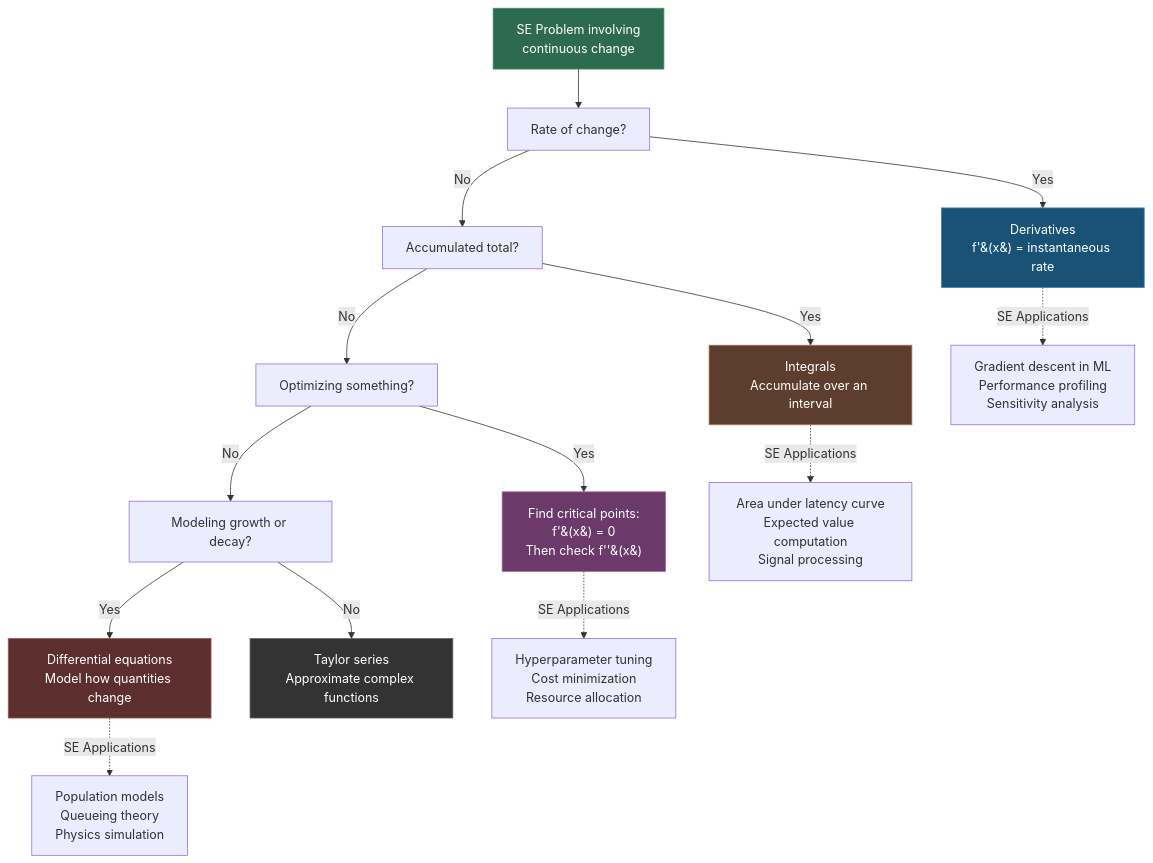
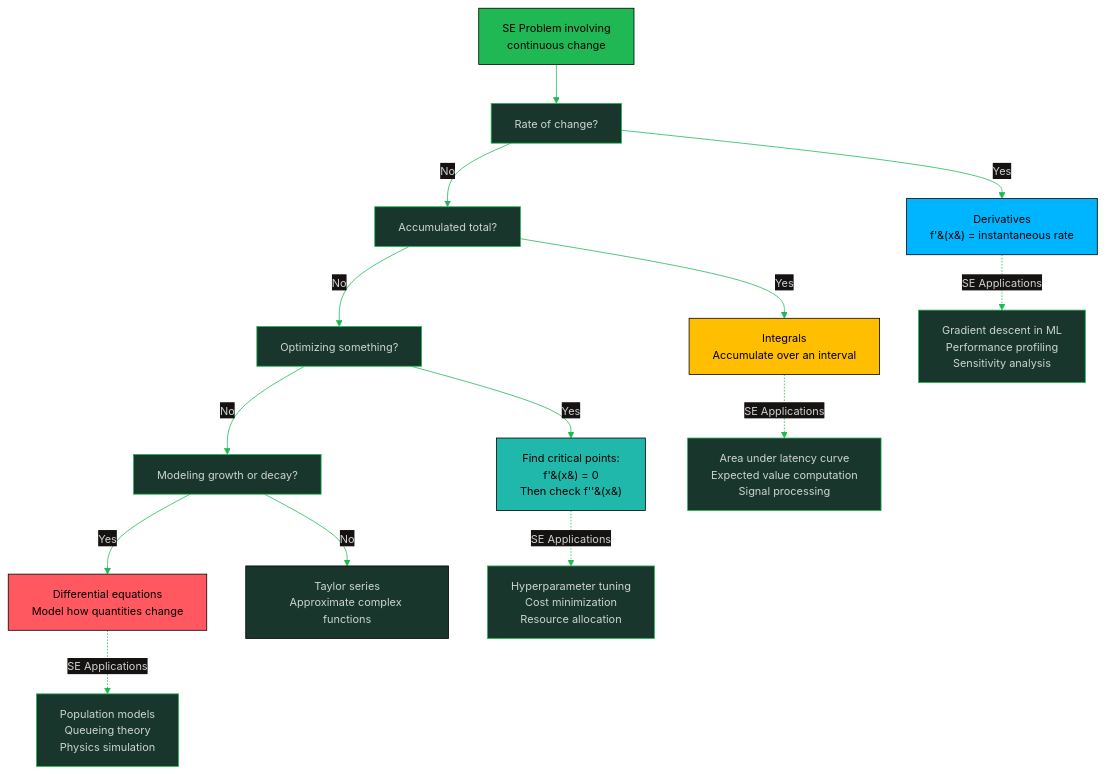
One commit to oat431/swe-knowledge changed the diagram in math-for-software-engineering-note/10_calculus.md. Above: the diagram before and after it, drawn with Mermaid. The commit also changed other lines of this file and 18 other files, not shown here.

````diff
--- a/math-for-software-engineering-note/10_calculus.md
+++ b/math-for-software-engineering-note/10_calculus.md
@@ -118,27 +118,28 @@
 ```mermaid
+%%{init: {'theme':'base','themeVariables':{'primaryColor':'#19362D','primaryTextColor':'#CDD3D1','primaryBorderColor':'#1FB854','lineColor':'#1FB854','background':'#1B1717','mainBkg':'#19362D','clusterBkg':'#161212','edgeLabelBackground':'#161212','titleColor':'#1FB854','fontSize':'14px'}}}%%
 flowchart TD
     START["SE Problem involving\ncontinuous change"] --> Q1["Rate of change?"]
     Q1 -->|Yes| DERIV["Derivatives\nf'&#40;x&#41; = instantaneous rate"]
     Q1 -->|No| Q2["Accumulated total?"]
 
     Q2 -->|Yes| INTEG["Integrals\nAccumulate over an interval"]
     Q2 -->|No| Q3["Optimizing something?"]
 
     Q3 -->|Yes| OPT["Find critical points:\nf'&#40;x&#41; = 0\nThen check f''&#40;x&#41;"]
     Q3 -->|No| Q4["Modeling growth or decay?"]
 
     Q4 -->|Yes| DIFFEQ["Differential equations\nModel how quantities change"]
     Q4 -->|No| APPROX["Taylor series\nApproximate complex functions"]
 
     DERIV -.->|SE Applications| D_APP["Gradient descent in ML\nPerformance profiling\nSensitivity analysis"]
     INTEG -.->|SE Applications| I_APP["Area under latency curve\nExpected value computation\nSignal processing"]
     OPT -.->|SE Applications| O_APP["Hyperparameter tuning\nCost minimization\nResource allocation"]
     DIFFEQ -.->|SE Applications| DE_APP["Population models\nQueueing theory\nPhysics simulation"]
 
-    style START fill:#2d6a4f,stroke:#40916c,color:#fff
-    style DERIV fill:#1a5276,stroke:#2e86c1,color:#fff
-    style INTEG fill:#5c3d2e,stroke:#a67c52,color:#fff
-    style OPT fill:#6b3a6b,stroke:#9b6b9b,color:#fff
-    style DIFFEQ fill:#5c2e2e,stroke:#a65252,color:#fff
-    style APPROX fill:#333,stroke:#666,color:#fff
+    style START fill:#1FB854,stroke:#000000,color:#000000
+    style DERIV fill:#00B5FF,stroke:#000000,color:#000000
+    style INTEG fill:#FFBE00,stroke:#000000,color:#000000
+    style OPT fill:#1FB8AB,stroke:#000000,color:#000000
+    style DIFFEQ fill:#FF5861,stroke:#000000,color:#000000
+    style APPROX fill:#19362D,stroke:#000000,color:#CDD3D1
 ```
````
